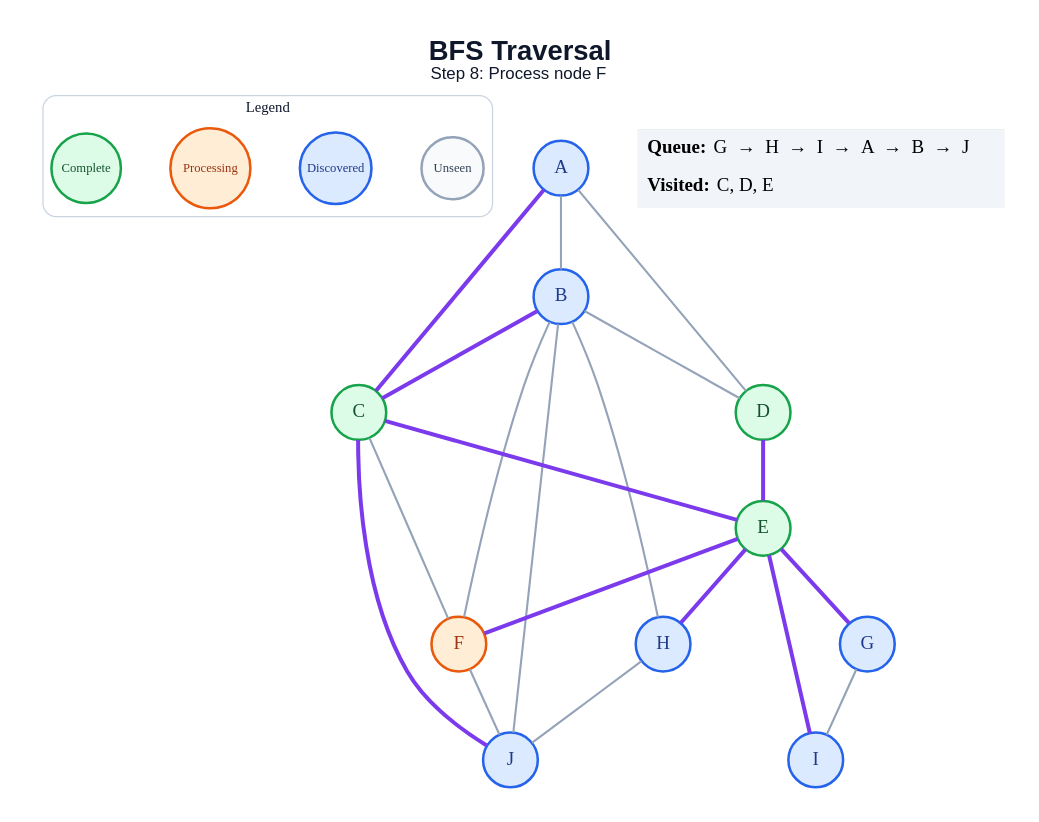
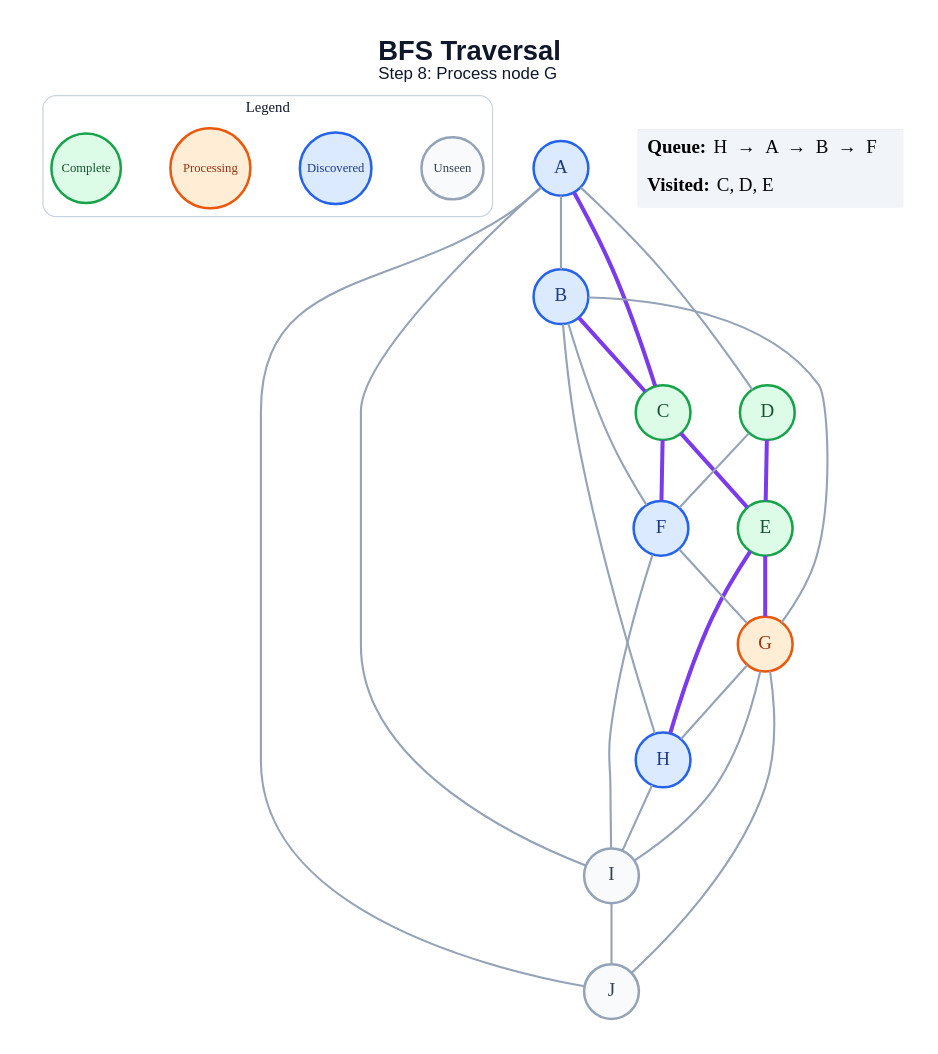
Before and after one commit to amanghodawala9/ai-slop: the diagram in generated/specific-node/bfs/step_08.dot, drawn with Graphviz. The commit also changed 178 other files, not shown here.

```diff
--- a/generated/specific-node/bfs/step_08.dot
+++ b/generated/specific-node/bfs/step_08.dot
@@ -1,48 +1,51 @@
 graph traversal {
   graph [layout=dot, rankdir=TB, bgcolor="#FFFFFF", pad="0.35", nodesep="0.65", ranksep="0.8", fontname="Arial"];
   node [shape=circle, style="filled", fontname="Arial Bold", fontsize=18, width=0.72, fixedsize=true, penwidth=2.4];
   edge [color="#94A3B8", penwidth=2.0];
-  label=<<B>BFS Traversal</B><BR/><FONT POINT-SIZE="16">Step 8: Process node F</FONT>>; labelloc="t"; fontsize=26; fontname="Arial"; fontcolor="#0F172A";
+  label=<<B>BFS Traversal</B><BR/><FONT POINT-SIZE="16">Step 8: Process node G</FONT>>; labelloc="t"; fontsize=26; fontname="Arial"; fontcolor="#0F172A";
   subgraph cluster_legend { label="Legend"; color="#CBD5E1"; penwidth=1.2; style="rounded"; fontsize=14; fontname="Arial Bold";
     key_unseen [label="Unseen", fillcolor="#F8FAFC", color="#94A3B8", fontcolor="#334155", fontsize=12, width=0.82];
     key_frontier [label="Discovered", fillcolor="#DBEAFE", color="#2563EB", fontcolor="#1E3A8A", fontsize=12, width=0.95];
     key_current [label="Processing", fillcolor="#FFEDD5", color="#EA580C", fontcolor="#9A3412", fontsize=12, width=1.05];
     key_done [label="Complete", fillcolor="#DCFCE7", color="#16A34A", fontcolor="#14532D", fontsize=12, width=0.92];
     { rank=same; key_unseen; key_frontier; key_current; key_done; }
   }
   A [fillcolor="#DBEAFE", color="#2563EB", fontcolor="#1E3A8A"];
   B [fillcolor="#DBEAFE", color="#2563EB", fontcolor="#1E3A8A"];
   C [fillcolor="#DCFCE7", color="#16A34A", fontcolor="#14532D"];
   D [fillcolor="#DCFCE7", color="#16A34A", fontcolor="#14532D"];
   E [fillcolor="#DCFCE7", color="#16A34A", fontcolor="#14532D"];
-  F [fillcolor="#FFEDD5", color="#EA580C", fontcolor="#9A3412"];
-  G [fillcolor="#DBEAFE", color="#2563EB", fontcolor="#1E3A8A"];
+  F [fillcolor="#DBEAFE", color="#2563EB", fontcolor="#1E3A8A"];
+  G [fillcolor="#FFEDD5", color="#EA580C", fontcolor="#9A3412"];
   H [fillcolor="#DBEAFE", color="#2563EB", fontcolor="#1E3A8A"];
-  I [fillcolor="#DBEAFE", color="#2563EB", fontcolor="#1E3A8A"];
-  J [fillcolor="#DBEAFE", color="#2563EB", fontcolor="#1E3A8A"];
+  I [fillcolor="#F8FAFC", color="#94A3B8", fontcolor="#334155"];
+  J [fillcolor="#F8FAFC", color="#94A3B8", fontcolor="#334155"];
   A -- B;
   A -- C [color="#7C3AED", penwidth=3.8];
   A -- D;
+  A -- I;
+  A -- J;
   B -- C [color="#7C3AED", penwidth=3.8];
-  B -- D;
   B -- F;
+  B -- G;
   B -- H;
-  B -- J;
   C -- E [color="#7C3AED", penwidth=3.8];
-  C -- F;
-  C -- J [color="#7C3AED", penwidth=3.8];
+  C -- F [color="#7C3AED", penwidth=3.8];
   D -- E [color="#7C3AED", penwidth=3.8];
-  E -- F [color="#7C3AED", penwidth=3.8];
+  D -- F;
   E -- G [color="#7C3AED", penwidth=3.8];
   E -- H [color="#7C3AED", penwidth=3.8];
-  E -- I [color="#7C3AED", penwidth=3.8];
-  F -- J;
+  F -- G;
+  F -- I;
+  G -- H;
   G -- I;
-  H -- J;
+  G -- J;
+  H -- I;
+  I -- J;
   status [shape=plain, fixedsize=false, width=0, height=0, margin=0, label=<
     <TABLE BORDER="0" CELLBORDER="0" CELLPADDING="7" BGCOLOR="#F1F5F9">
-      <TR><TD ALIGN="LEFT"><B>Queue:</B> G  →  H  →  I  →  A  →  B  →  J</TD></TR>
+      <TR><TD ALIGN="LEFT"><B>Queue:</B> H  →  A  →  B  →  F</TD></TR>
       <TR><TD ALIGN="LEFT"><B>Visited:</B> C, D, E</TD></TR>
     </TABLE>
   >];
 }
```
